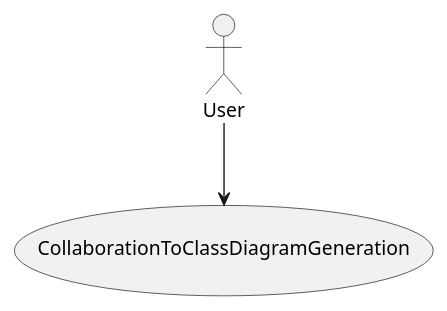
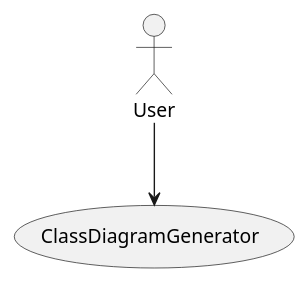
The diagram in documentation/requirementview/usecases.puml (rup-projects/plantuml-generator), drawn with PlantUML before and after one commit. The commit also changed 3 other files, not shown here.

```diff
--- a/documentation/requirementview/usecases.puml
+++ b/documentation/requirementview/usecases.puml
@@ -1,5 +1,5 @@
 @startuml
 
-User --> (CollaborationToClassDiagramGeneration)
+User --> (ClassDiagramGenerator)
 
 @enduml
```
